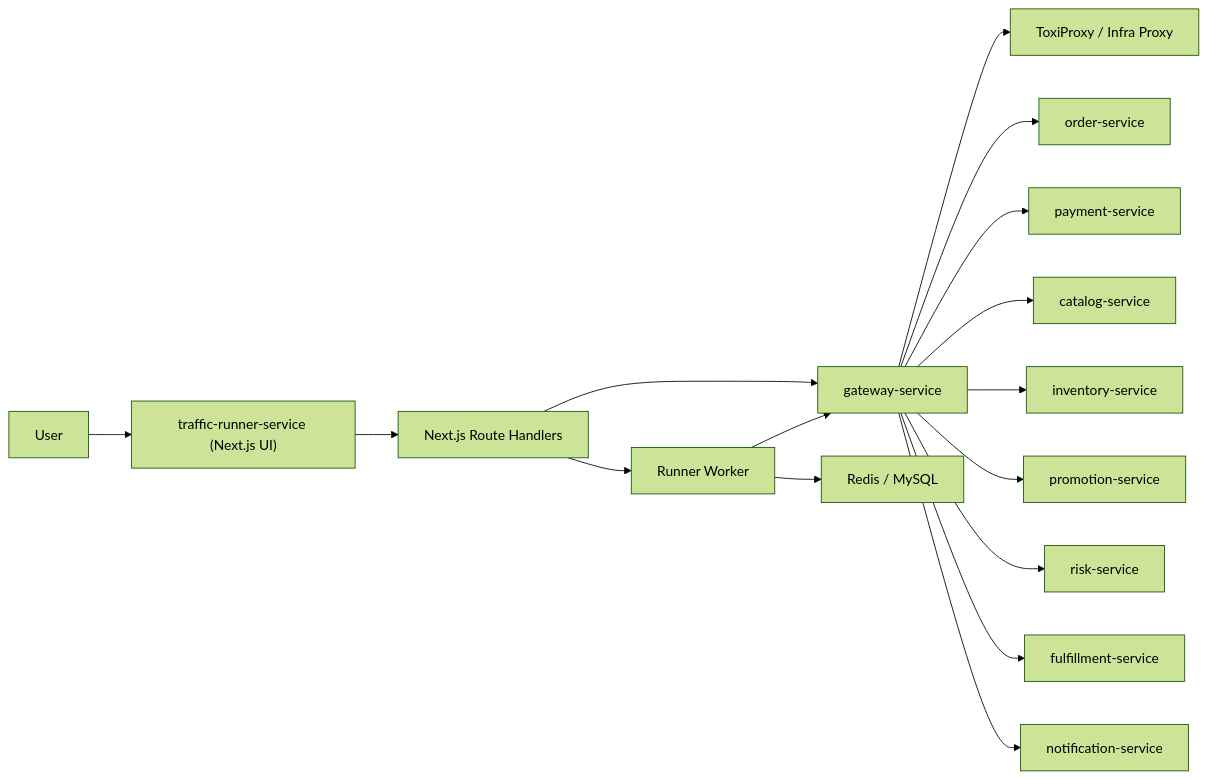
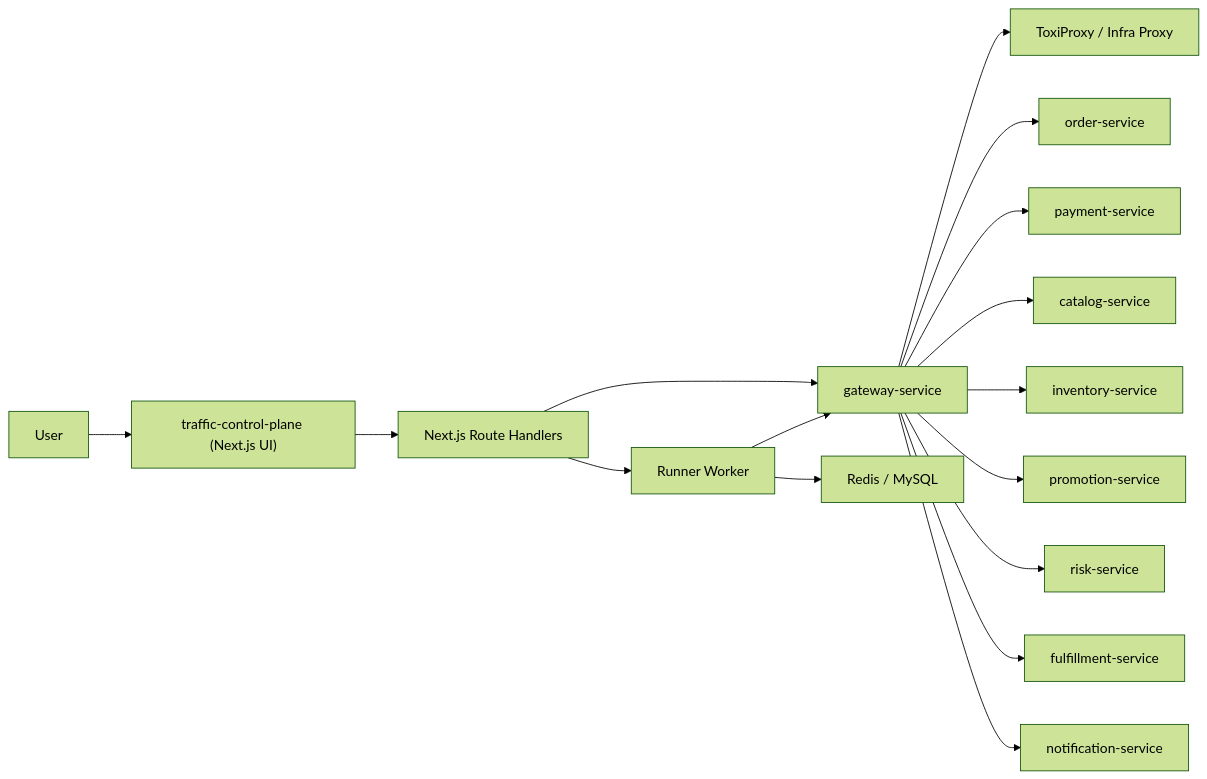
The diagram in _docs/plans/traffic-runner-react-nodejs-console-redesign.md (asatasinon/mall-chaos), drawn with Mermaid (forest theme) before and after one commit. The commit also changed other lines of this file and 44 other files, not shown here.

````diff
--- a/_docs/plans/traffic-runner-react-nodejs-console-redesign.md
+++ b/_docs/plans/traffic-runner-react-nodejs-console-redesign.md
@@ -112,19 +112,19 @@
 ```mermaid
 flowchart LR
-  U["User"] --> W["traffic-runner-service (Next.js UI)"]
+  U["User"] --> W["traffic-control-plane (Next.js UI)"]
   W --> A["Next.js Route Handlers"]
   A --> WK["Runner Worker"]
 
   A --> G["gateway-service"]
   WK --> R["Redis / MySQL"]
   WK --> G
   G --> T["ToxiProxy / Infra Proxy"]
   G --> O["order-service"]
   G --> P["payment-service"]
   G --> C["catalog-service"]
   G --> I["inventory-service"]
   G --> PR["promotion-service"]
   G --> RS["risk-service"]
   G --> F["fulfillment-service"]
   G --> N["notification-service"]
 ```
````
